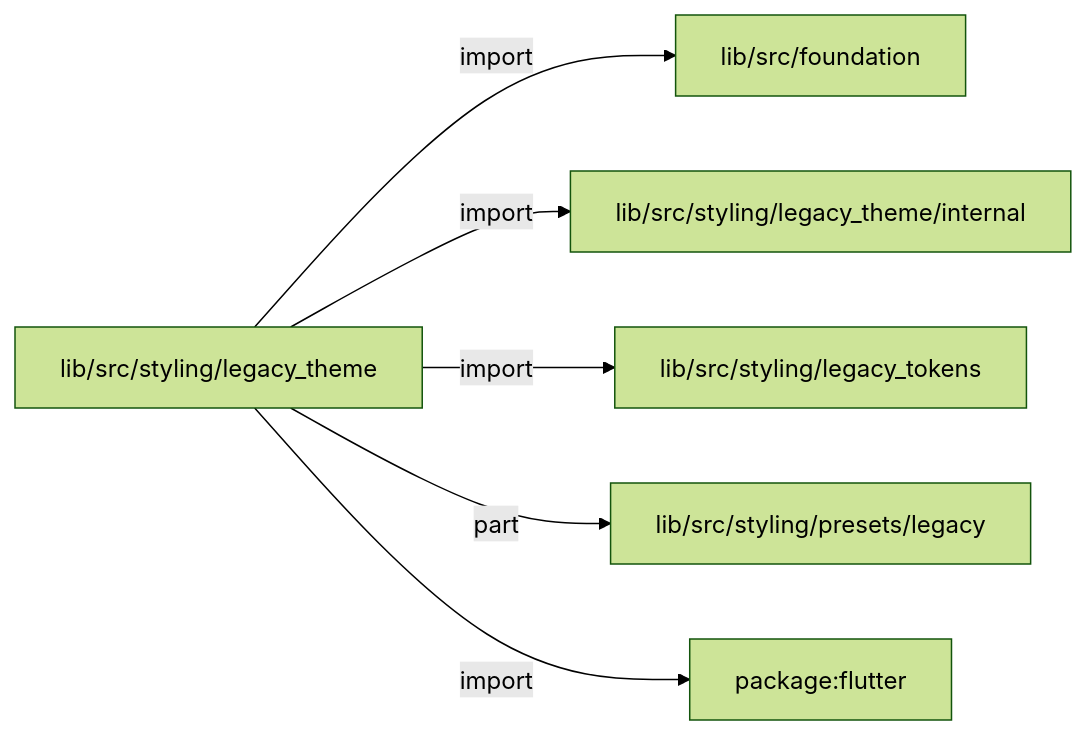
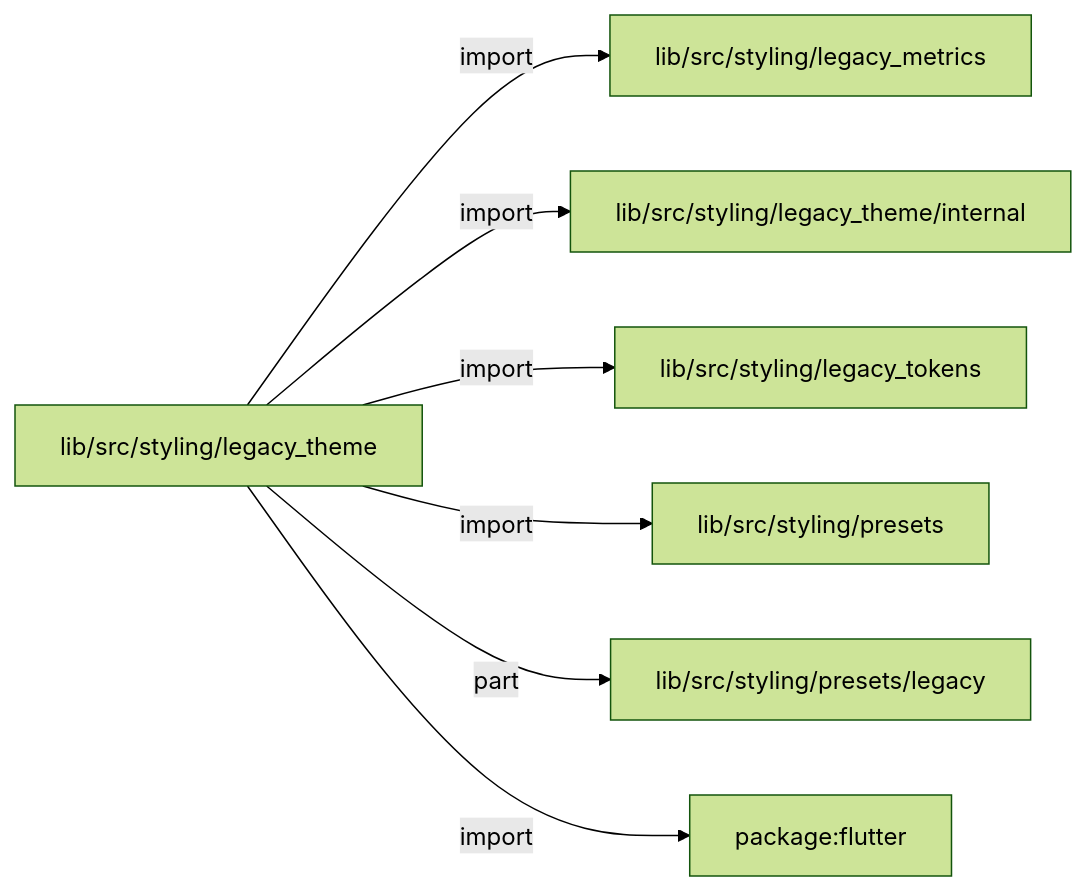
Before and after one commit to MiuDog/Kallopis: the first of 3 diagrams in docs/architecture/src/styling/legacy_theme/README.md, drawn with Mermaid (forest theme). The commit also changed other lines of this file and 9688 other files, not shown here.

Commit message:
Prepare isolated Flow F2 peer baseline

````diff
--- a/docs/architecture/src/styling/legacy_theme/README.md
+++ b/docs/architecture/src/styling/legacy_theme/README.md
@@ -13,14 +13,16 @@
 ```mermaid
 flowchart LR
 	n0["lib/src/styling/legacy_theme"]
-	n1["lib/src/foundation"]
+	n1["lib/src/styling/legacy_metrics"]
 	n2["lib/src/styling/legacy_theme/internal"]
 	n3["lib/src/styling/legacy_tokens"]
-	n4["lib/src/styling/presets/legacy"]
-	n5["package:flutter"]
+	n4["lib/src/styling/presets"]
+	n5["lib/src/styling/presets/legacy"]
+	n6["package:flutter"]
 	n0 -->|"import"| n1
 	n0 -->|"import"| n2
 	n0 -->|"import"| n3
-	n0 -->|"part"| n4
-	n0 -->|"import"| n5
+	n0 -->|"import"| n4
+	n0 -->|"part"| n5
+	n0 -->|"import"| n6
 ```
````
